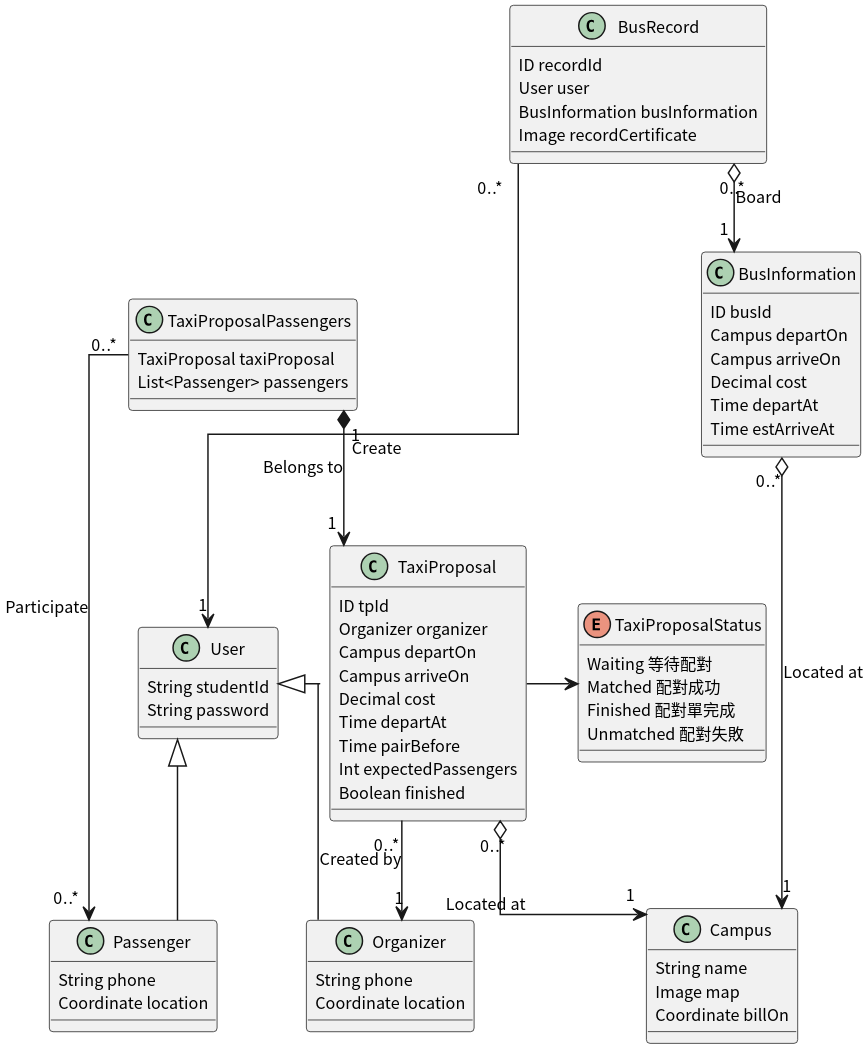
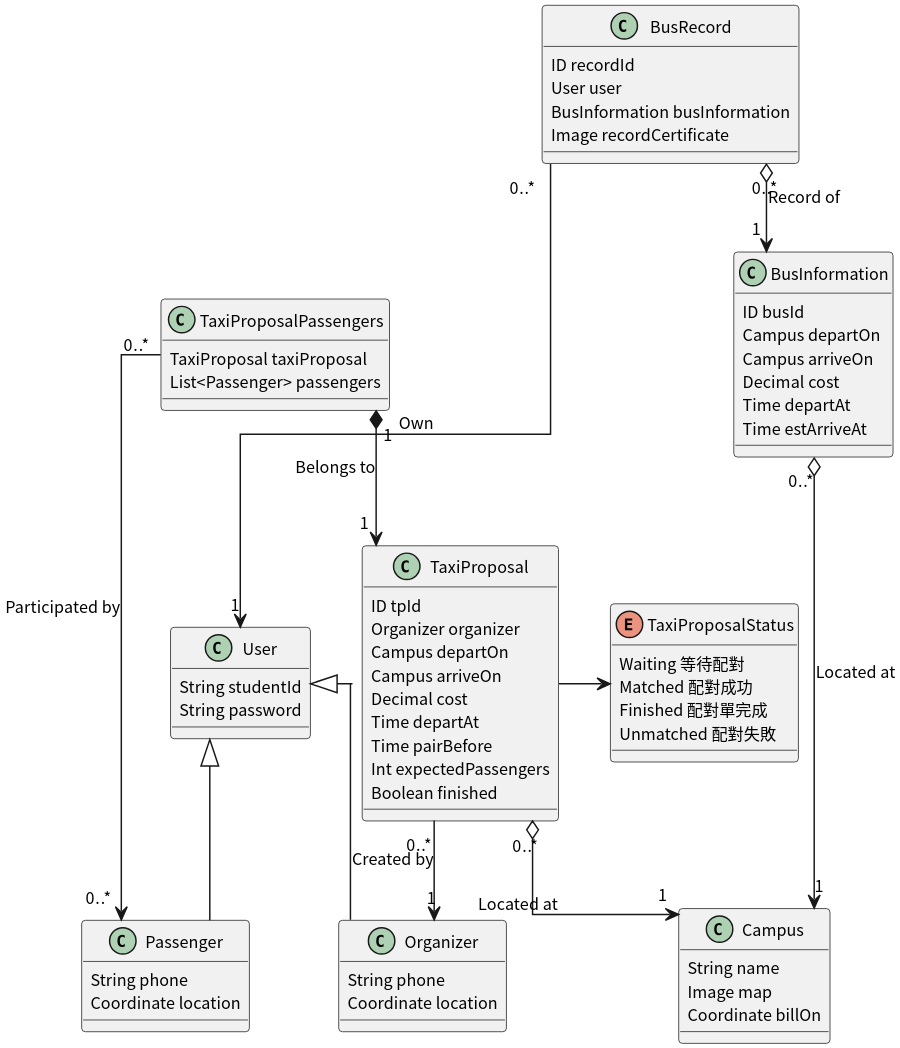
Before and after one commit to pan93412/nkust-homework: the diagram in semester-4/system-analysis/basic-class-diagram.plantuml, drawn with PlantUML. The commit also changed 1 other file, not shown here.

Commit message:
s4: system-analysis: update diagram

```diff
--- a/semester-4/system-analysis/basic-class-diagram.plantuml
+++ b/semester-4/system-analysis/basic-class-diagram.plantuml
@@ -1,80 +1,80 @@
 @startuml BasicClassDiagram
 
 skinparam linetype ortho
 skinparam dpi 300
 skinparam defaultFontSize 11
 skinparam defaultFontName "Noto Sans CJK TC"
 
 
 class User {
     String studentId
     String password
 }
 
 class Passenger {
     String phone
     Coordinate location
 }
 User <|-- Passenger
 
 class Organizer {
     String phone
     Coordinate location
 }
 User <|-- Organizer
 
 class BusRecord {
     ID recordId
     User user
     BusInformation busInformation
     Image recordCertificate
 }
-BusRecord "0..*" ---> "1" User: Create
-BusRecord "0..*" o--> "1" BusInformation: Board
+BusRecord "0..*" ---> "1" User: Own
+BusRecord "0..*" o--> "1" BusInformation: Record of
 
 class BusInformation {
     ID busId
     Campus departOn
     Campus arriveOn
     Decimal cost
     Time departAt
     Time estArriveAt
 }
 BusInformation "0..*" o--> "1" Campus: Located at
 
 class Campus {
     String name
     Image map
     Coordinate billOn
 }
 
 class TaxiProposalPassengers {
     TaxiProposal taxiProposal
     List<Passenger> passengers
 }
-TaxiProposalPassengers "0..*" -> "0..*" Passenger: Participate
+TaxiProposalPassengers "0..*" -> "0..*" Passenger: Participated by
 TaxiProposalPassengers "1" *--> "1" TaxiProposal: Belongs to
 
 class TaxiProposal {
     ID tpId
     Organizer organizer
     Campus departOn
     Campus arriveOn
     Decimal cost
     Time departAt
     Time pairBefore
     Int expectedPassengers
     Boolean finished
 }
 TaxiProposal "0..*" o--> "1" Campus: Located at
 TaxiProposal "0..*" --> "1" Organizer: Created by
 TaxiProposal -> TaxiProposalStatus
 
 enum TaxiProposalStatus {
     Waiting 等待配對
     Matched 配對成功
     Finished 配對單完成
     Unmatched 配對失敗
 }
 
 @enduml
```
